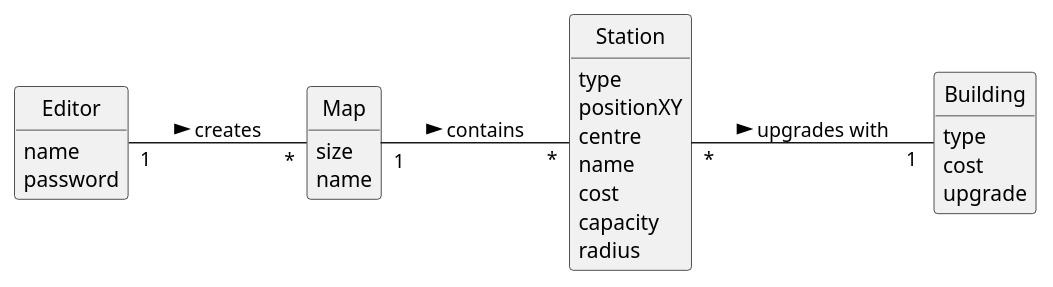
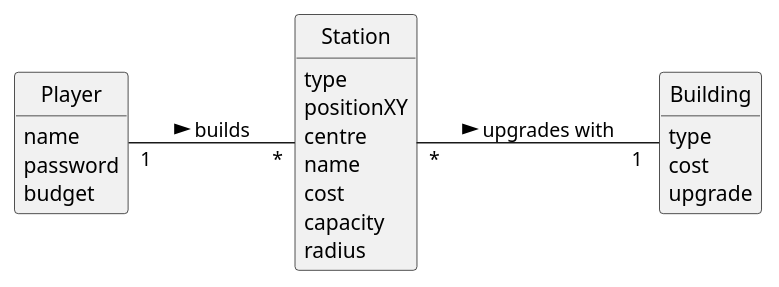
One commit to 1240935/pi2-railway-simulator changed the diagram in docsFinais/US006/02.analysis/puml/US006-DM.puml. Above: the diagram before and after it, drawn with PlantUML. The commit also changed 31 other files, not shown here.

```diff
--- a/docsFinais/US006/02.analysis/puml/US006-DM.puml
+++ b/docsFinais/US006/02.analysis/puml/US006-DM.puml
@@ -1,42 +1,37 @@
 @startuml
 skinparam monochrome true
 skinparam packageStyle rectangle
 skinparam shadowing false
 'skinparam linetype ortho
 'left to right direction
 skinparam classAttributeIconSize 0
 hide circle
 hide methods
 
 left to right direction
 
-class Editor {
+class Player {
     name
     password
-}
-
-class Map {
-    size
-    name
+    budget
 }
 
 class Station {
     type
     positionXY
     centre
     name
     cost
     capacity
     radius
 }
 
 class Building {
     type
     cost
     upgrade
 }
 
-Editor "1" -- "*" Map: creates >
-Map "1" -- "*" Station: contains >
+Player "1" -- "*" Station: builds >
 Station "*" -- "1 "Building:  upgrades with  >
 @enduml
```
